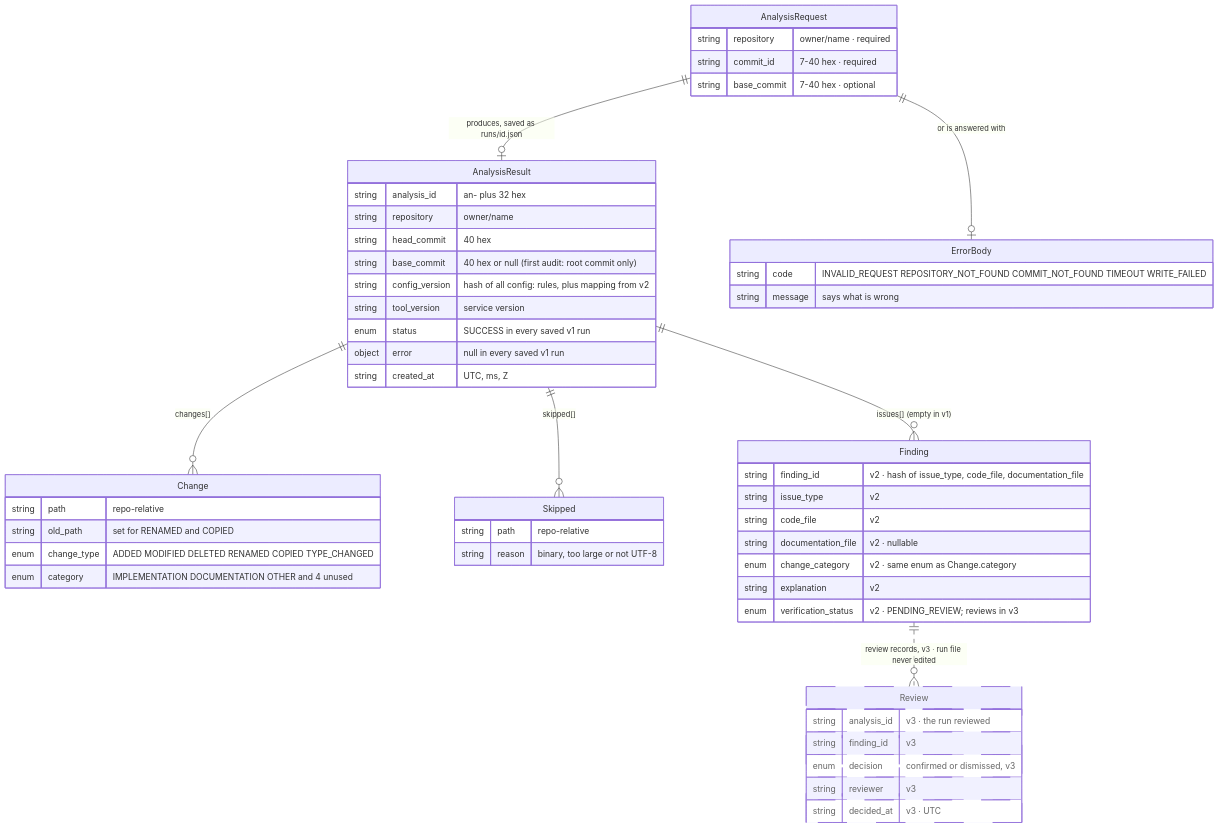
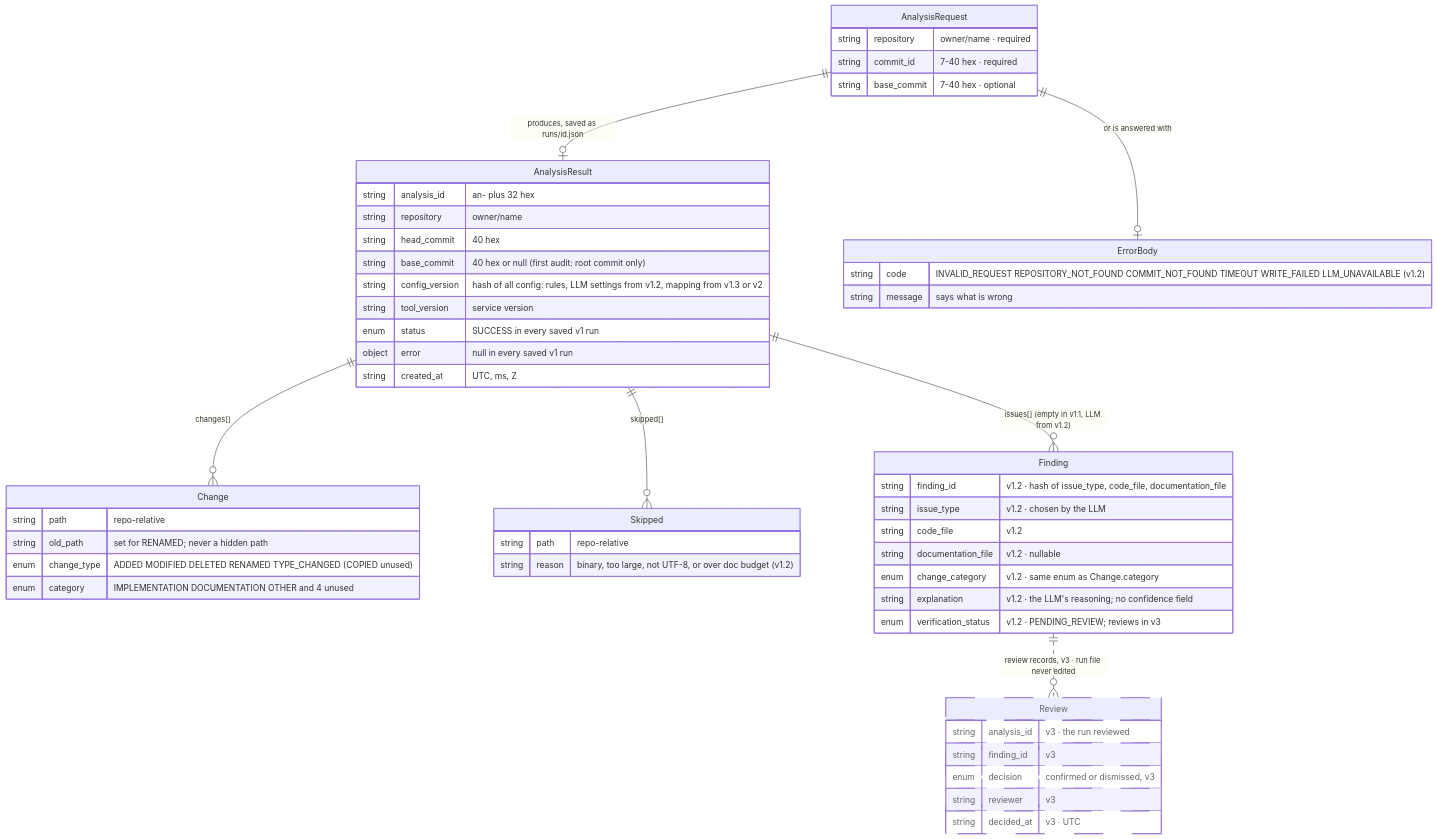
One commit to BarshanB/DocumentationDrifter changed the diagram in Models/v1/M4-run-file.md. Above: the diagram before and after it, drawn with Mermaid. The commit also changed other lines of this file and 15 other files, not shown here.

First line of the commit message:
Align docs and diagrams with the 2026-10-17 decisions

````diff
--- a/Models/v1/M4-run-file.md
+++ b/Models/v1/M4-run-file.md
@@ -5,62 +5,62 @@
 ```mermaid
 erDiagram
   accTitle: M4 run file and API schema
-  accDescr: An AnalysisRequest either produces one AnalysisResult, which is saved as a run file, or is answered with an ErrorBody. A result holds lists of changes, skipped files and findings. Findings stay empty in v1. Review records, dashed, come in v3 and sit beside the run file without editing it.
+  accDescr: An AnalysisRequest either produces one AnalysisResult, which is saved as a run file, or is answered with an ErrorBody. A result holds lists of changes, skipped files and findings. Findings stay empty in v1.1 and are filled by the LLM from v1.2. Review records, dashed, come in v3 and sit beside the run file without editing it.
 
   AnalysisRequest ||--o| AnalysisResult : "produces, saved as runs/id.json"
   AnalysisRequest ||--o| ErrorBody : "or is answered with"
   AnalysisResult ||--o{ Change : "changes[]"
   AnalysisResult ||--o{ Skipped : "skipped[]"
-  AnalysisResult ||--o{ Finding : "issues[] (empty in v1)"
+  AnalysisResult ||--o{ Finding : "issues[] (empty in v1.1, LLM from v1.2)"
   Finding ||..o{ Review : "review records, v3 · run file never edited"
 
   AnalysisRequest {
     string repository "owner/name · required"
     string commit_id "7-40 hex · required"
     string base_commit "7-40 hex · optional"
   }
   AnalysisResult {
     string analysis_id "an- plus 32 hex"
     string repository "owner/name"
     string head_commit "40 hex"
     string base_commit "40 hex or null (first audit: root commit only)"
-    string config_version "hash of all config: rules, plus mapping from v2"
+    string config_version "hash of all config: rules, LLM settings from v1.2, mapping from v1.3 or v2"
     string tool_version "service version"
     enum status "SUCCESS in every saved v1 run"
     object error "null in every saved v1 run"
     string created_at "UTC, ms, Z"
   }
   Change {
     string path "repo-relative"
-    string old_path "set for RENAMED and COPIED"
-    enum change_type "ADDED MODIFIED DELETED RENAMED COPIED TYPE_CHANGED"
+    string old_path "set for RENAMED; never a hidden path"
+    enum change_type "ADDED MODIFIED DELETED RENAMED TYPE_CHANGED (COPIED unused)"
     enum category "IMPLEMENTATION DOCUMENTATION OTHER and 4 unused"
   }
   Skipped {
     string path "repo-relative"
-    string reason "binary, too large or not UTF-8"
+    string reason "binary, too large, not UTF-8, or over doc budget (v1.2)"
   }
   ErrorBody {
-    string code "INVALID_REQUEST REPOSITORY_NOT_FOUND COMMIT_NOT_FOUND TIMEOUT WRITE_FAILED"
+    string code "INVALID_REQUEST REPOSITORY_NOT_FOUND COMMIT_NOT_FOUND TIMEOUT WRITE_FAILED LLM_UNAVAILABLE (v1.2)"
     string message "says what is wrong"
   }
   Finding {
-    string finding_id "v2 · hash of issue_type, code_file, documentation_file"
-    string issue_type "v2"
-    string code_file "v2"
-    string documentation_file "v2 · nullable"
-    enum change_category "v2 · same enum as Change.category"
-    string explanation "v2"
-    enum verification_status "v2 · PENDING_REVIEW; reviews in v3"
+    string finding_id "v1.2 · hash of issue_type, code_file, documentation_file"
+    string issue_type "v1.2 · chosen by the LLM"
+    string code_file "v1.2"
+    string documentation_file "v1.2 · nullable"
+    enum change_category "v1.2 · same enum as Change.category"
+    string explanation "v1.2 · the LLM's reasoning; no confidence field"
+    enum verification_status "v1.2 · PENDING_REVIEW; reviews in v3"
   }
   Review {
     string analysis_id "v3 · the run reviewed"
     string finding_id "v3"
     enum decision "confirmed or dismissed, v3"
     string reviewer "v3"
     string decided_at "v3 · UTC"
   }
 
   classDef later stroke-dasharray: 5 5,color:#666
   class Review later
 ```
````
